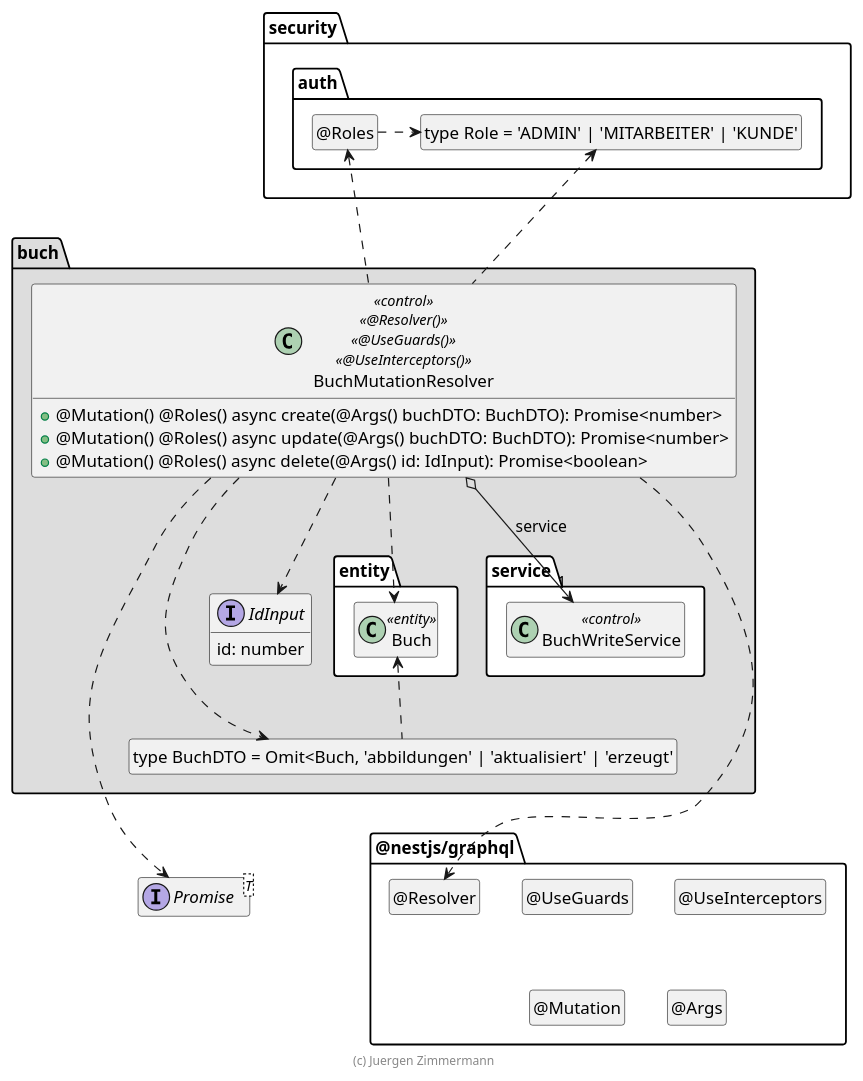
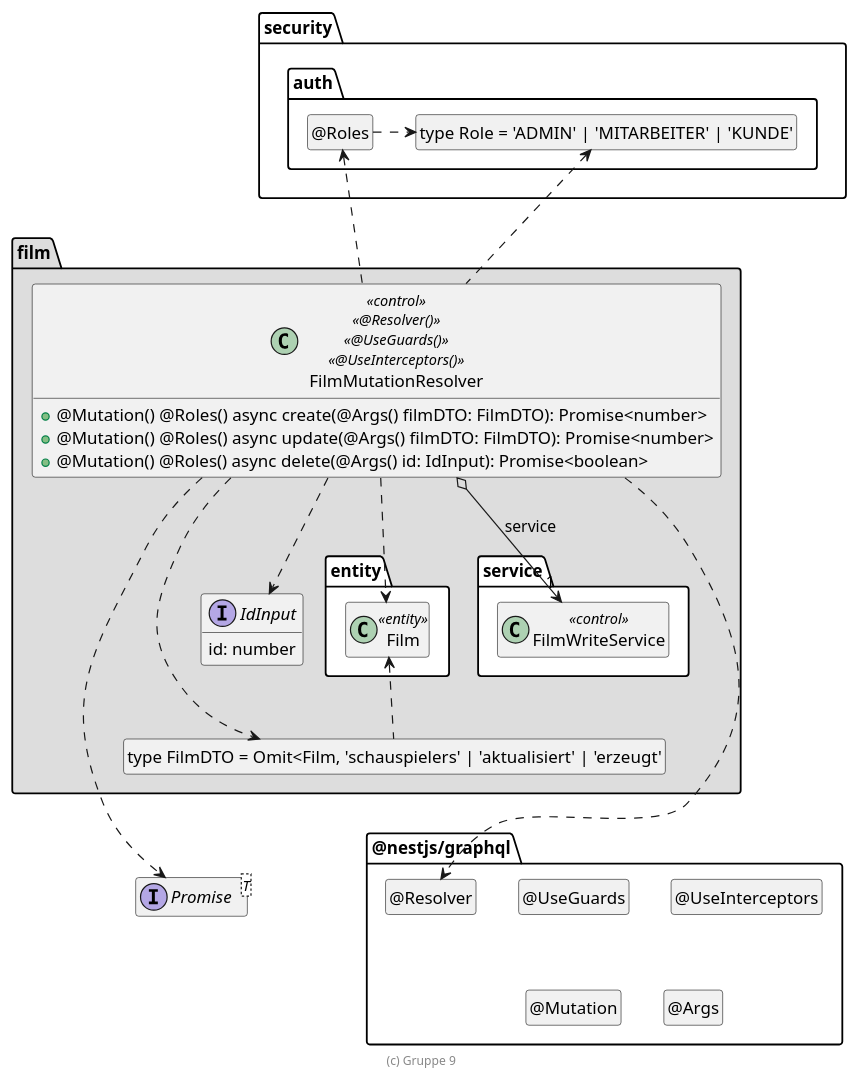
Before and after one commit to ngca1011/buch: the diagram in .extras/doc/projekthandbuch/FilmMutationResolver.plantuml, drawn with PlantUML. The commit also changed 11 other files, not shown here.

Commit message:
UmlDiagramm

```diff
--- a/.extras/doc/projekthandbuch/FilmMutationResolver.plantuml
+++ b/.extras/doc/projekthandbuch/FilmMutationResolver.plantuml
@@ -18,74 +18,74 @@
 @startuml Controller-Klasse
 
 interface Promise<T>
 
 package @nestjs/graphql {
   class "@Resolver" as Resolver
   hide Resolver circle
 
   class "@UseGuards" as UseGuards
   hide UseGuards circle
 
   class "@UseInterceptors" as UseInterceptors
   hide UseInterceptors circle
 
   class "@Mutation" as Mutation
   hide Mutation circle
 
   class "@Args" as Args
   hide Args circle
 }
 
 package security.auth {
   class "type Role = 'ADMIN' | 'MITARBEITER' | 'KUNDE'" as Role
   hide Role circle
 
   class "@Roles" as Roles
   hide Roles circle
 
   Roles .right.> Role
 }
 
-package buch #DDDDDD {
+package film #DDDDDD {
   package entity #FFFFFF {
-    class Buch <<entity>>
+    class Film <<entity>>
   }
 
   package service #FFFFFF {
-    class BuchWriteService << control >>
+    class FilmWriteService << control >>
   }
 
-  class "type BuchDTO = Omit<Buch, 'abbildungen' | 'aktualisiert' | 'erzeugt'" as BuchDTO
-  hide BuchDTO circle
+  class "type FilmDTO = Omit<Film, 'schauspielers' | 'aktualisiert' | 'erzeugt'" as FilmDTO
+  hide FilmDTO circle
 
     interface IdInput {
         id: number
     }
 
-  class BuchMutationResolver << control >> << @Resolver() >> << @UseGuards() >> << @UseInterceptors() >> {
-    + @Mutation() @Roles() async create(@Args() buchDTO: BuchDTO): Promise<number>
-    + @Mutation() @Roles() async update(@Args() buchDTO: BuchDTO): Promise<number>
+  class FilmMutationResolver << control >> << @Resolver() >> << @UseGuards() >> << @UseInterceptors() >> {
+    + @Mutation() @Roles() async create(@Args() filmDTO: FilmDTO): Promise<number>
+    + @Mutation() @Roles() async update(@Args() filmDTO: FilmDTO): Promise<number>
     + @Mutation() @Roles() async delete(@Args() id: IdInput): Promise<boolean>
   }
 
-  BuchMutationResolver o-down-> "1" BuchWriteService : service
+  FilmMutationResolver o-down-> "1" FilmWriteService : service
 
-  BuchMutationResolver ..> Buch
-  BuchMutationResolver ..> BuchDTO
-  BuchMutationResolver ..> IdInput
-  BuchDTO .up.> Buch
-  BuchMutationResolver ..> Promise
-  BuchMutationResolver ..> Resolver
+  FilmMutationResolver ..> Film
+  FilmMutationResolver ..> FilmDTO
+  FilmMutationResolver ..> IdInput
+  FilmDTO .up.> Film
+  FilmMutationResolver ..> Promise
+  FilmMutationResolver ..> Resolver
 
-  BuchMutationResolver .up.> Roles
-  BuchMutationResolver .up.> Role
+  FilmMutationResolver .up.> Roles
+  FilmMutationResolver .up.> Role
 
-  BuchDTO .[hidden].> Promise
-  BuchDTO .[hidden].> Resolver
+  FilmDTO .[hidden].> Promise
+  FilmDTO .[hidden].> Resolver
 }
 
 hide empty members
 
-footer (c) Juergen Zimmermann
+footer (c) Gruppe 9
 
 @enduml
```
